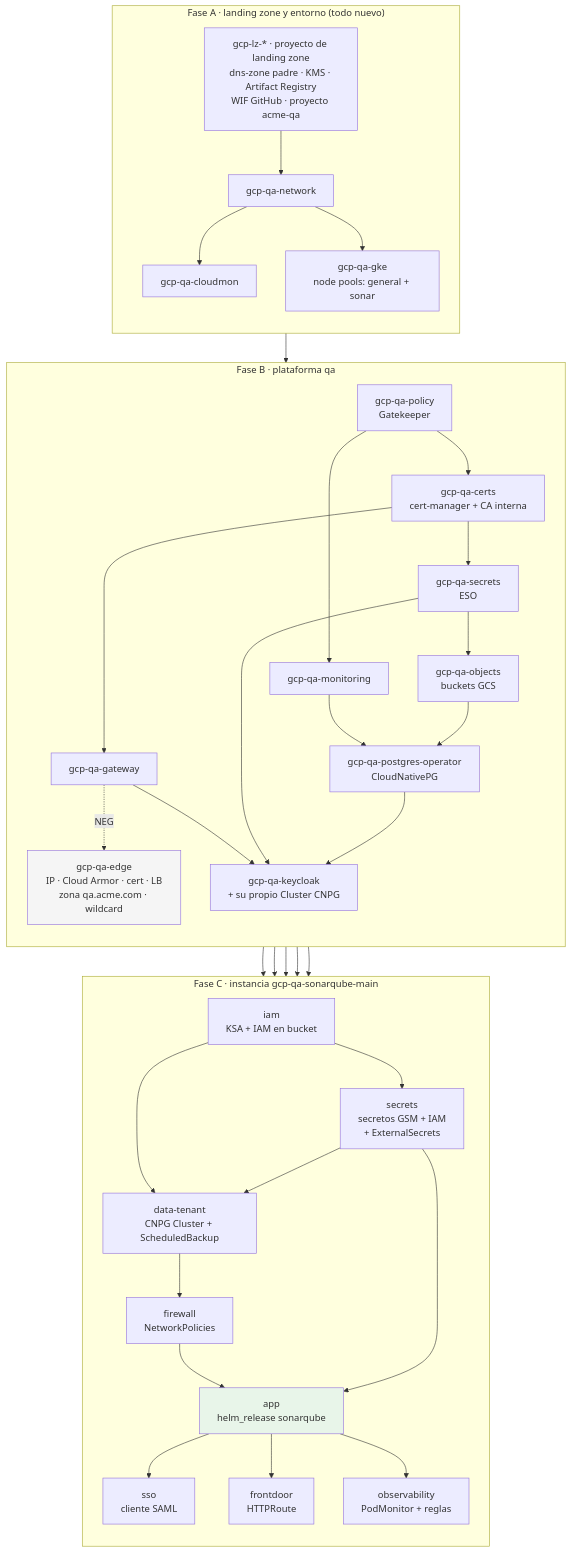
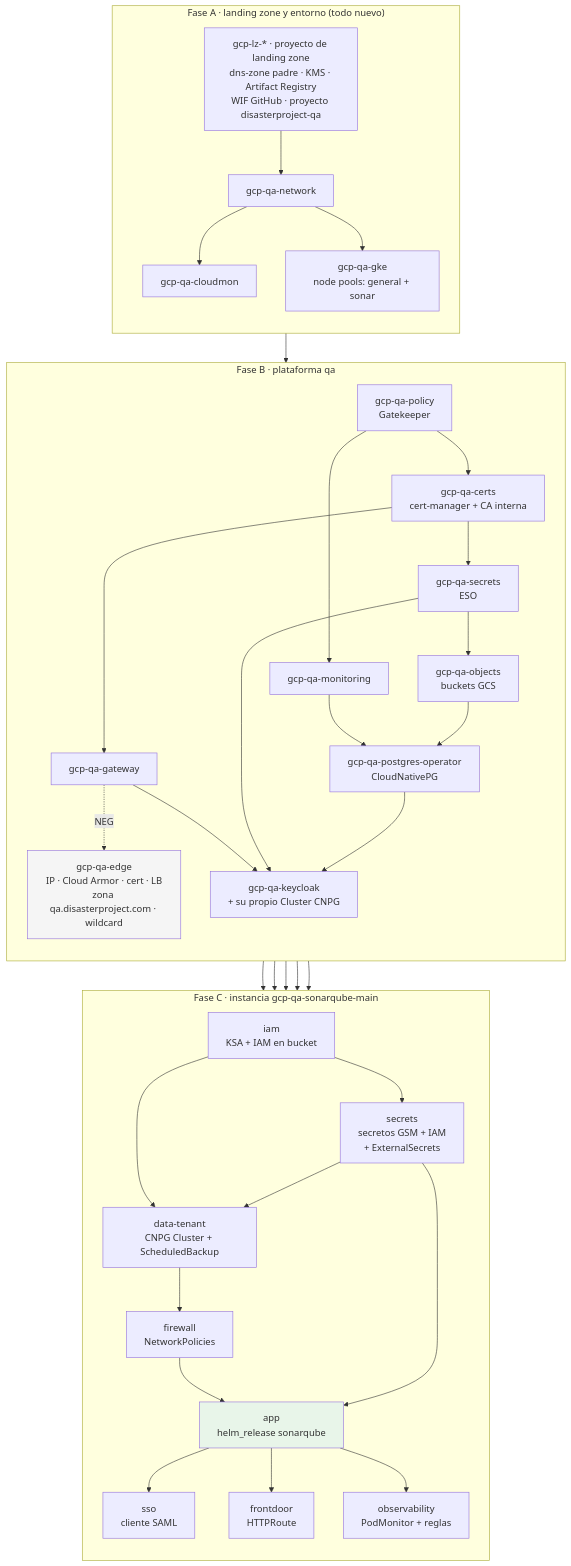
Before and after one commit to aescanero/proposal_documents: the diagram in docs/proposals/sonarqube-qa/diagrams/03-orden-despliegue.mmd, drawn with Mermaid. The commit also changed 21 other files, not shown here.

First line of the commit message:
Rename example organisation: acme.com -> disasterproject.com, acme -> disasterproject

```diff
--- a/docs/proposals/sonarqube-qa/diagrams/03-orden-despliegue.mmd
+++ b/docs/proposals/sonarqube-qa/diagrams/03-orden-despliegue.mmd
@@ -1,45 +1,45 @@
 flowchart TD
     subgraph Z["Fase A · landing zone y entorno (todo nuevo)"]
         direction TB
-        LZ["gcp-lz-* · proyecto de landing zone<br/>dns-zone padre · KMS · Artifact Registry<br/>WIF GitHub · proyecto acme-qa"] --> N["gcp-qa-network"]
+        LZ["gcp-lz-* · proyecto de landing zone<br/>dns-zone padre · KMS · Artifact Registry<br/>WIF GitHub · proyecto disasterproject-qa"] --> N["gcp-qa-network"]
         N --> CM["gcp-qa-cloudmon"]
         N --> C["gcp-qa-gke<br/>node pools: general + sonar"]
     end
 
     subgraph P["Fase B · plataforma qa"]
         direction TB
         C --> PO["gcp-qa-policy<br/>Gatekeeper"]
         PO --> CE["gcp-qa-certs<br/>cert-manager + CA interna"]
         PO --> M["gcp-qa-monitoring"]
         CE --> S1["gcp-qa-secrets<br/>ESO"]
         CE --> GW["gcp-qa-gateway"]
-        GW -. "NEG" .-> ED["gcp-qa-edge<br/>IP · Cloud Armor · cert · LB<br/>zona qa.acme.com · wildcard"]
+        GW -. "NEG" .-> ED["gcp-qa-edge<br/>IP · Cloud Armor · cert · LB<br/>zona qa.disasterproject.com · wildcard"]
         S1 --> OB["gcp-qa-objects<br/>buckets GCS"]
         OB --> DB["gcp-qa-postgres-operator<br/>CloudNativePG"]
         M --> DB
         DB --> KC["gcp-qa-keycloak<br/>+ su propio Cluster CNPG"]
         S1 --> KC
         GW --> KC
     end
 
     subgraph I["Fase C · instancia gcp-qa-sonarqube-main"]
         direction TB
         IAM["iam<br/>KSA + IAM en bucket"] --> SEC["secrets<br/>secretos GSM + IAM<br/>+ ExternalSecrets"]
         IAM --> DATA["data-tenant<br/>CNPG Cluster + ScheduledBackup"]
         SEC --> DATA
         DATA --> FW["firewall<br/>NetworkPolicies"]
         FW --> APP["app<br/>helm_release sonarqube"]
         SEC --> APP
         APP --> SSO["sso<br/>cliente SAML"]
         APP --> FD["frontdoor<br/>HTTPRoute"]
         APP --> OBS["observability<br/>PodMonitor + reglas"]
     end
 
     S1 --> SEC
     DB --> DATA
     KC --> SSO
     GW --> FD
     M --> OBS
 
     style ED fill:#f5f5f5
     style APP fill:#e8f5e9
```
